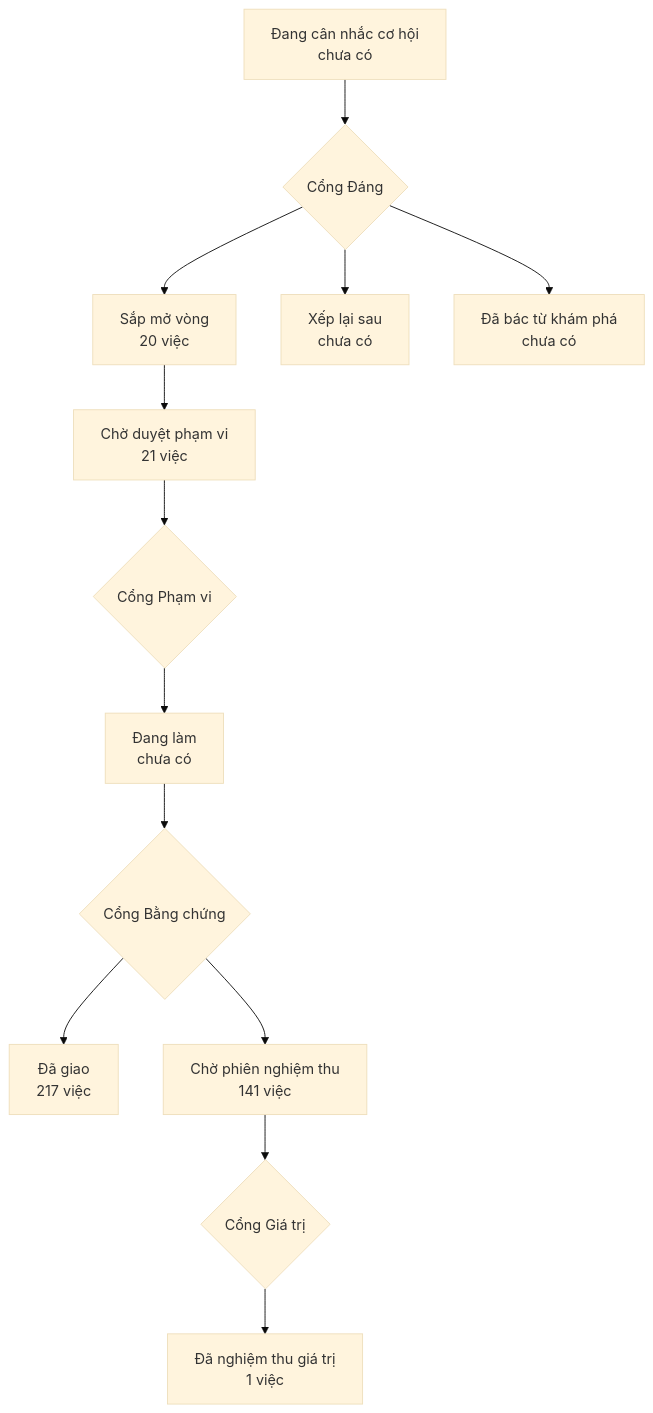
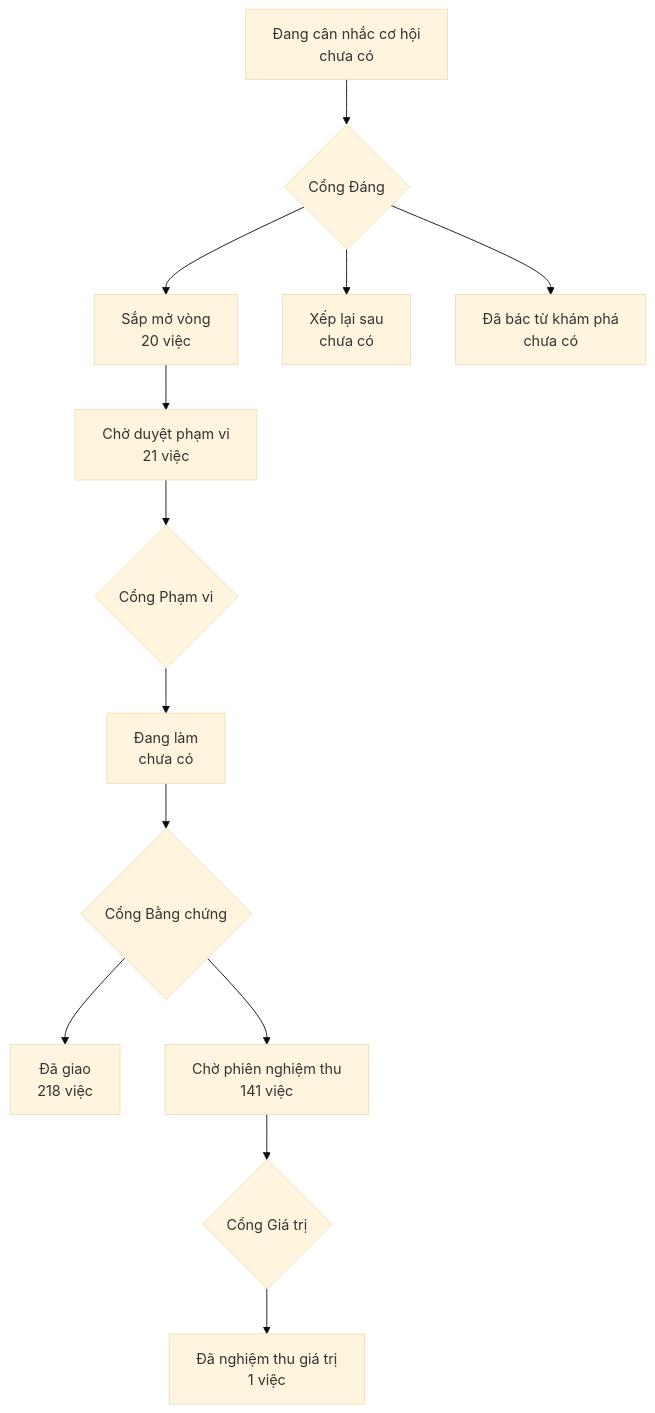
One commit to phanlemanh/onehub-invest changed the diagram in PRODUCT-MAP.md. Above: the diagram before and after it, drawn with Mermaid (base theme). The commit also changed other lines of this file and 1 other file, not shown here.

Commit message:
chore(acceptance): vẽ lại bản đồ sản phẩm, lộ trình sau khi nhận main 536860279

````diff
--- a/PRODUCT-MAP.md
+++ b/PRODUCT-MAP.md
@@ -7,12 +7,12 @@
 ```mermaid
 flowchart TD
   A["Đang cân nhắc cơ hội<br/>chưa có"] --> GD{"Cổng Đáng"}
   GD --> B["Sắp mở vòng<br/>20 việc"]
   GD --> XL["Xếp lại sau<br/>chưa có"]
   GD --> DB["Đã bác từ khám phá<br/>chưa có"]
   B --> CD["Chờ duyệt phạm vi<br/>21 việc"] --> GP{"Cổng Phạm vi"}
   GP --> DL["Đang làm<br/>chưa có"] --> GB{"Cổng Bằng chứng"}
-  GB --> DG["Đã giao<br/>217 việc"]
+  GB --> DG["Đã giao<br/>218 việc"]
   GB --> CN["Chờ phiên nghiệm thu<br/>141 việc"] --> GG{"Cổng Giá trị"}
   GG --> NT["Đã nghiệm thu giá trị<br/>1 việc"]
 ```
````
